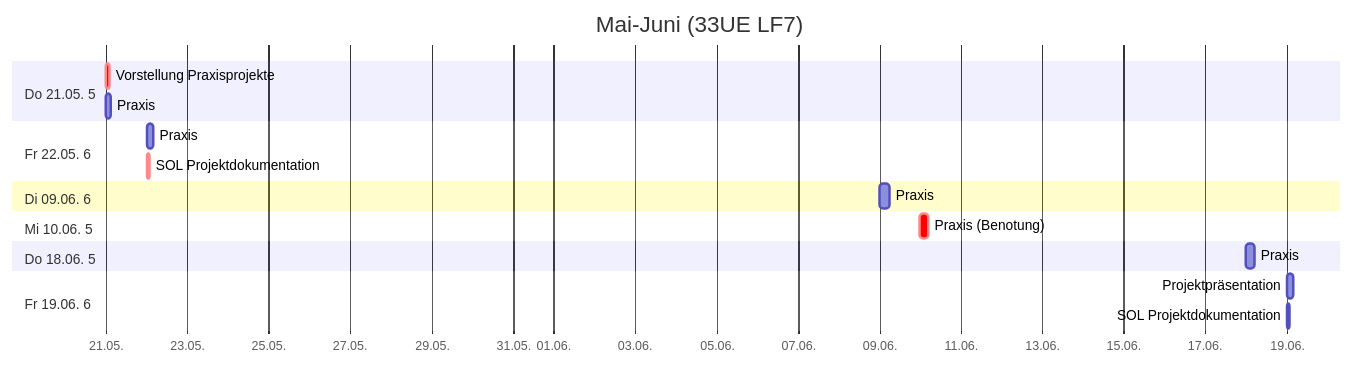
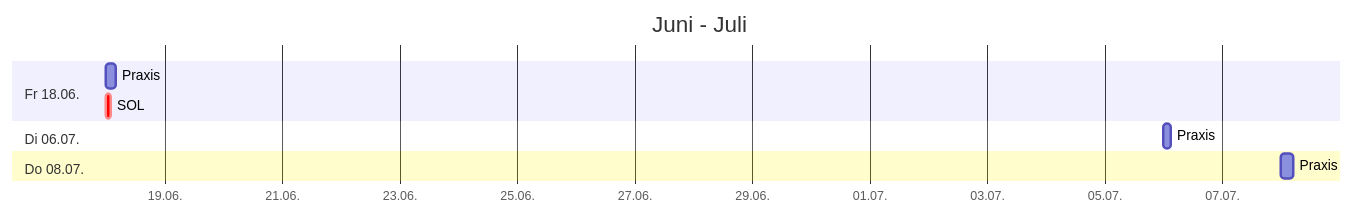
Before and after one commit to johannesloetzsch/LF7: the fourth of 4 diagrams in src/plan.md, drawn with Mermaid. The commit also changed other lines of this file, not shown here.

````diff
--- a/src/plan.md
+++ b/src/plan.md
@@ -113,21 +68,13 @@
 ```mermaid
 gantt
- title Mai-Juni (33UE LF7)
+ title Juni - Juli
  dateFormat YYYY-MM-DD
  axisFormat %d.%m.
- section Do 21.05. 5
-  Vorstellung Praxisprojekte    :crit, 2026-05-21, 2h
-  Praxis                        :2026-05-21, 3h
- section Fr 22.05. 6
-  Praxis                        :2026-05-22, 4h
-  SOL Projektdokumentation                          :crit, 2026-05-22, 2h
- section Di 09.06. 6
-  Praxis                        :2026-06-09, 6h
- section Mi 10.06. 5
-  Praxis (Benotung)             :crit, 2026-06-10, 5h
- section Do 18.06. 5
-  Praxis                        :2026-06-18, 5h
- section Fr 19.06. 6
-  Projektpräsentation           :2026-06-19, 4h
-  SOL Projektdokumentation      :2026-06-19, 2h
+ section Fr 18.06.
+  Praxis                      :2027-06-18, 4h
+  SOL                         :crit, 2027-06-18, 2h
+ section Di 06.07.
+  Praxis                      :2027-07-06, 3h
+ section Do 08.07.
+  Praxis                      :2027-07-08, 5h
 ```
````
